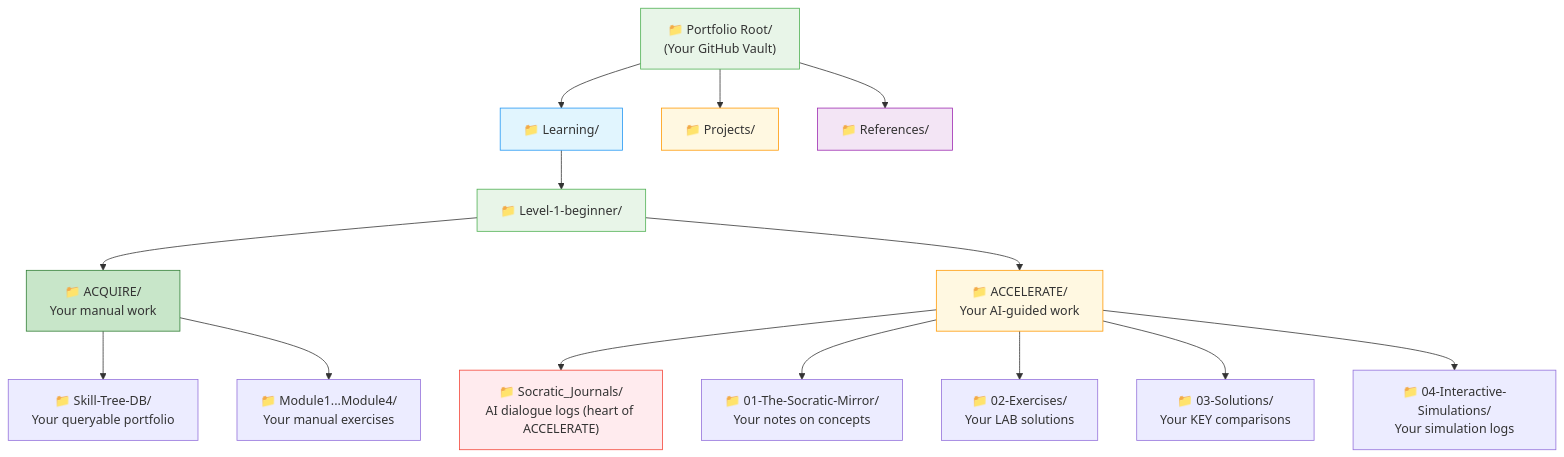
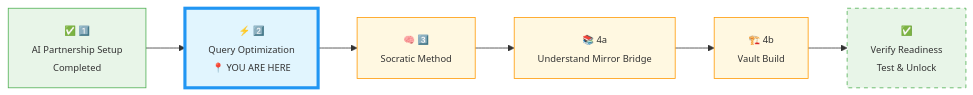
Before and after one commit to uma1999/umacourses: the fourth of 9 diagrams in README.md, drawn with Mermaid. The commit also changed other lines of this file, not shown here.

````diff
--- a/README.md
+++ b/README.md
@@ -328,31 +448,18 @@
 ```mermaid
-flowchart TD
-    A["📁 Portfolio Root/<br/>(Your GitHub Vault)"]
+flowchart LR
+    A["<span style='font-size:12px'>✅ 1️⃣<br/>AI Partnership Setup<br/>Completed</span>"]
+    B["<span style='font-size:12px'>⚡ 2️⃣<br/>Query Optimization<br/>📍 YOU ARE HERE</span>"]
+    C["<span style='font-size:12px'>🧠 3️⃣<br/>Socratic Method</span>"]
+    D["<span style='font-size:12px'>📚 4a<br/>Understand Mirror Bridge</span>"]
+    E["<span style='font-size:12px'>🏗️ 4b<br/>Vault Build</span>"]
+    F["<span style='font-size:12px'>✅<br/>Verify Readiness<br/>Test & Unlock</span>"]
     
-    A --> B["📁 Learning/"]
-    A --> C["📁 Projects/"]
-    A --> D["📁 References/"]
-    
-    B --> E["📁 Level-1-beginner/"]
-    
-    E --> F["📁 ACQUIRE/<br/>Your manual work"]
-    E --> G["📁 ACCELERATE/<br/>Your AI‑guided work"]
-    
-    F --> H["📁 Skill-Tree-DB/<br/>Your queryable portfolio"]
-    F --> I["📁 Module1...Module4/<br/>Your manual exercises"]
-    
-    G --> J["📁 Socratic_Journals/<br/>AI dialogue logs (heart of ACCELERATE)"]
-    G --> K["📁 01-The-Socratic-Mirror/<br/>Your notes on concepts"]
-    G --> L["📁 02-Exercises/<br/>Your LAB solutions"]
-    G --> M["📁 03-Solutions/<br/>Your KEY comparisons"]
-    G --> N["📁 04-Interactive-Simulations/<br/>Your simulation logs"]
+    A --> B --> C --> D --> E --> F
     
     style A fill:#e8f5e8,stroke:#4caf50
-    style B fill:#e1f5fe,stroke:#2196f3
+    style B fill:#e1f5fe,stroke:#2196f3,stroke-width:4px
     style C fill:#fff8e1,stroke:#ff9800
-    style D fill:#f3e5f5,stroke:#9c27b0
-    style E fill:#e8f5e8,stroke:#4caf50
-    style F fill:#c8e6c9,stroke:#2e7d32
-    style G fill:#fff8e1,stroke:#ff9800
-    style J fill:#ffebee,stroke:#f44336
+    style D fill:#fff8e1,stroke:#ff9800
+    style E fill:#fff8e1,stroke:#ff9800
+    style F fill:#e8f5e8,stroke:#4caf50,stroke-dasharray:5 5
 ```
````
